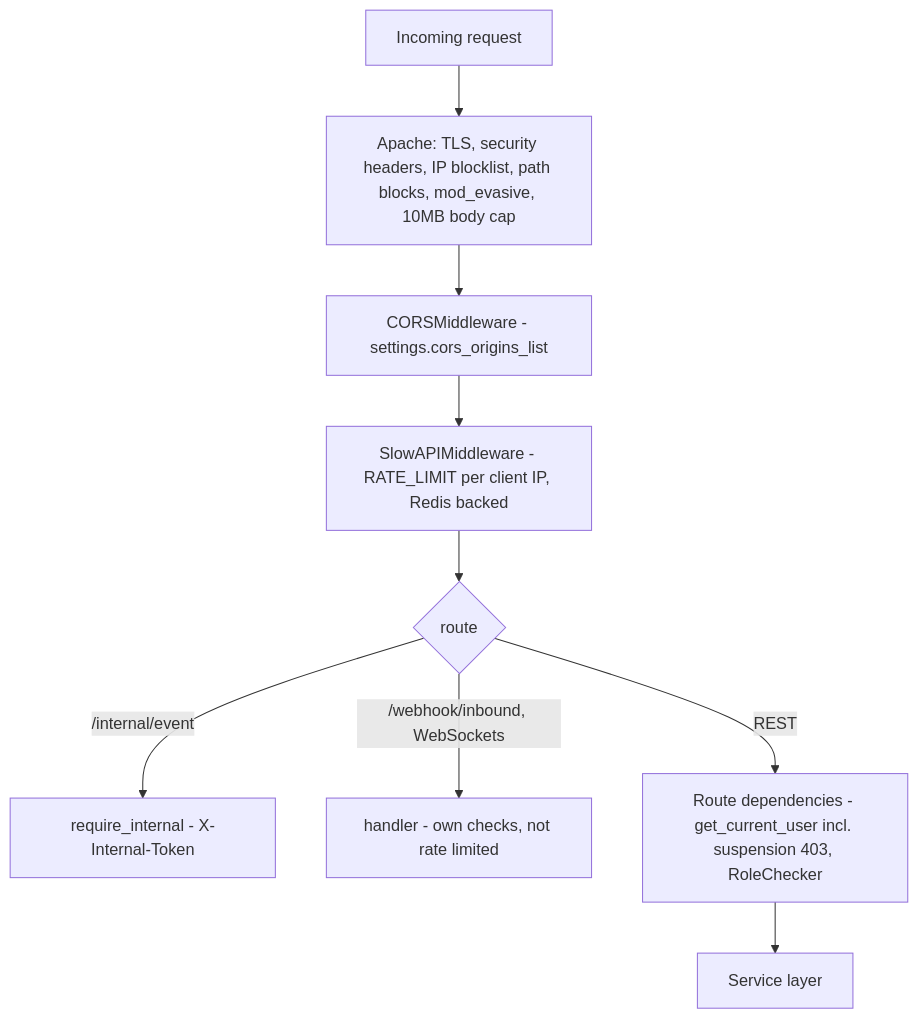
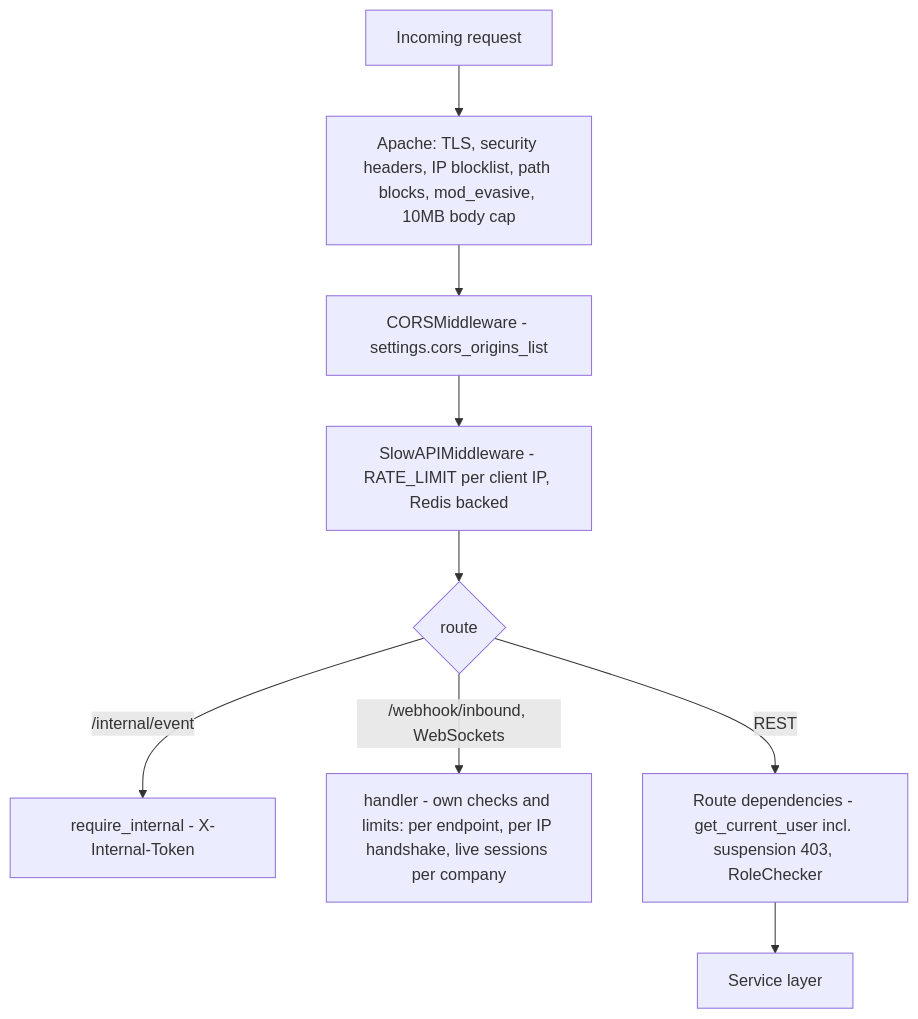
One commit to gondolerahul/hire-buddha-app changed diagram 18 of 19 in docs/current/02-system-architecture.md. Above: the diagram before and after it, drawn with Mermaid. The commit also changed other lines of this file and 18 other files, not shown here.

````diff
--- a/docs/current/02-system-architecture.md
+++ b/docs/current/02-system-architecture.md
@@ -1278,11 +1278,11 @@
 ```mermaid
 flowchart TD
     REQ["Incoming request"] --> AP["Apache: TLS, security headers, IP blocklist, path blocks, mod_evasive, 10MB body cap"]
     AP --> CORS["CORSMiddleware - settings.cors_origins_list"]
     CORS --> RL["SlowAPIMiddleware - RATE_LIMIT per client IP, Redis backed"]
     RL --> ROUTE{"route"}
     ROUTE -->|"/internal/event"| INT["require_internal - X-Internal-Token"]
-    ROUTE -->|"/webhook/inbound, WebSockets"| NATIVE["handler - own checks, not rate limited"]
+    ROUTE -->|"/webhook/inbound, WebSockets"| NATIVE["handler - own checks and limits: per endpoint, per IP handshake, live sessions per company"]
     ROUTE -->|"REST"| DEP["Route dependencies - get_current_user incl. suspension 403, RoleChecker"]
     DEP --> SVC["Service layer"]
 ```
````
